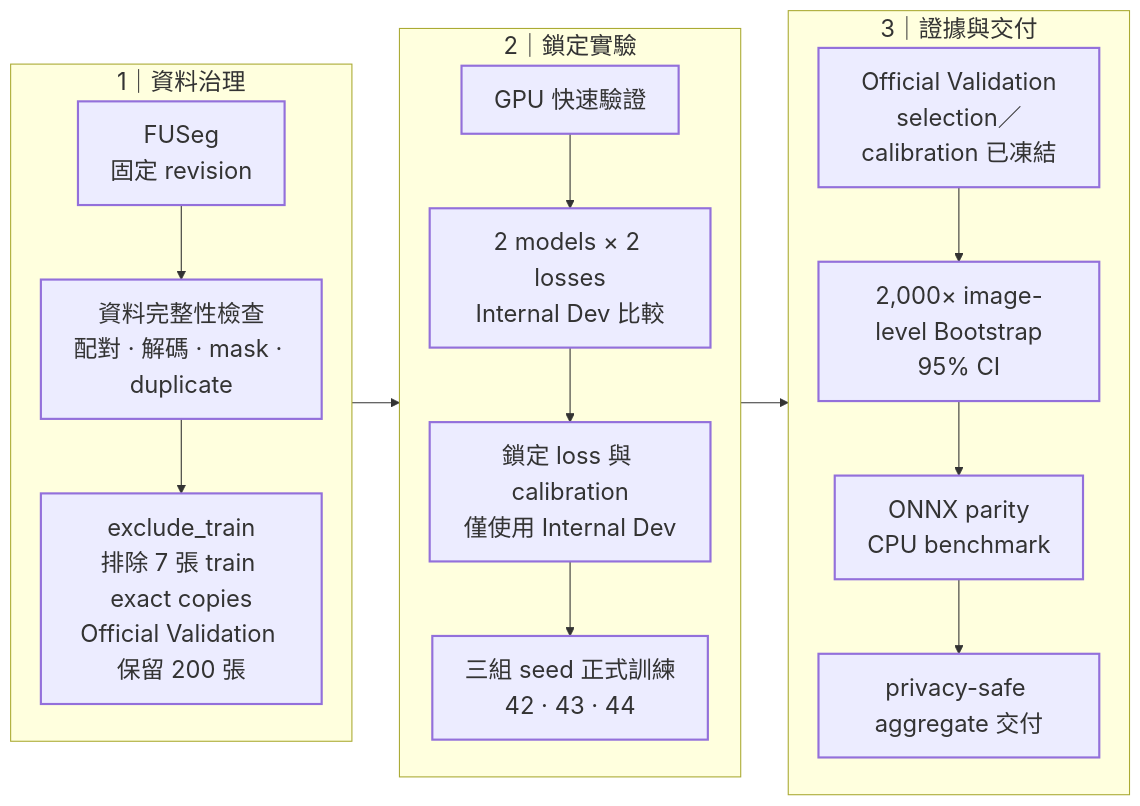
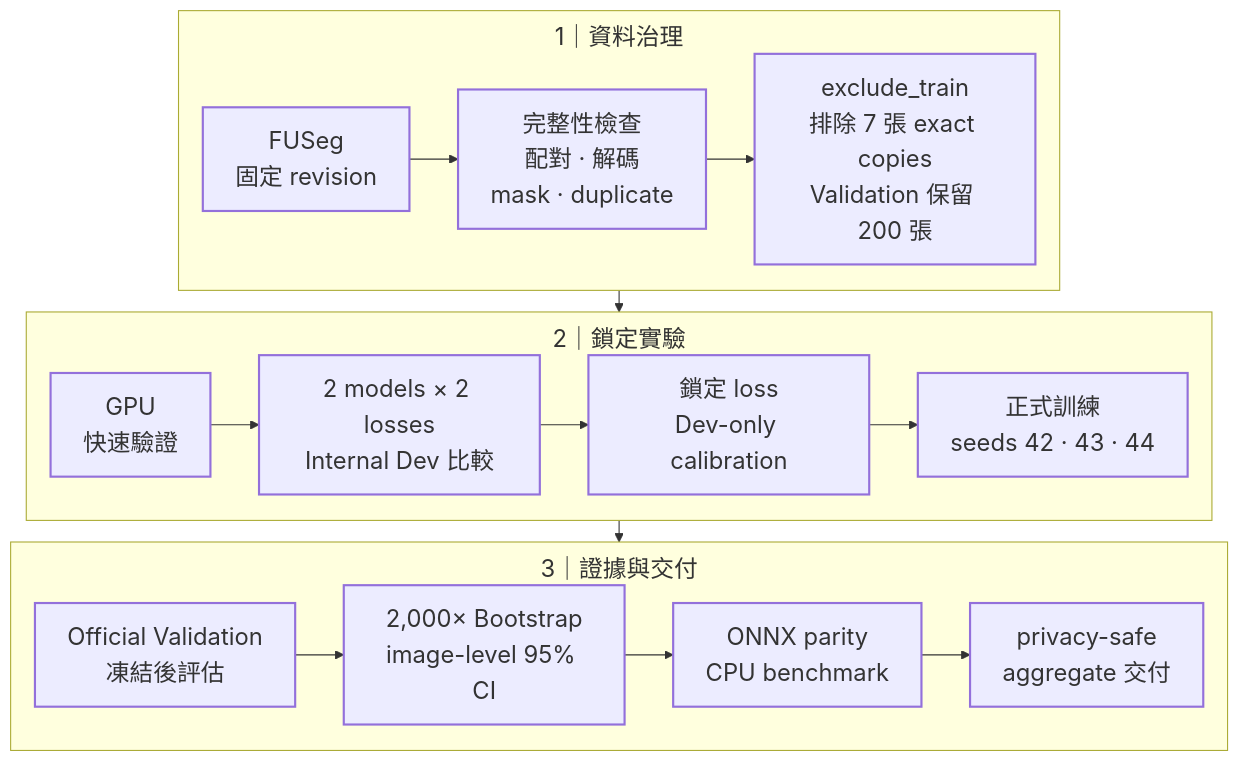
Before and after one commit to kuotunyu/WoundScope: the second of 3 diagrams in README.md, drawn with Mermaid. The commit also changed 1 other file, not shown here.

Commit message:
docs: reorient research pipeline layout

````diff
--- a/README.md
+++ b/README.md
@@ -69,39 +69,38 @@
 ```mermaid
-%%{init: {"themeVariables": {"fontSize": "22px", "fontFamily": "Arial, sans-serif"}, "flowchart": {"nodeSpacing": 36, "rankSpacing": 44, "curve": "basis"}}}%%
-flowchart LR
+%%{init: {"themeVariables": {"fontSize": "22px", "fontFamily": "Arial, sans-serif"}, "flowchart": {"nodeSpacing": 28, "rankSpacing": 20, "curve": "basis", "subGraphTitleMargin": {"top": 8, "bottom": 8}}}}%%
+flowchart TB
     subgraph Governance["1｜資料治理"]
-        direction TB
+        direction LR
         Source["FUSeg<br/>固定 revision"]:::source
-        Integrity["資料完整性檢查<br/>配對 · 解碼 · mask · duplicate"]:::gate
-        Exclude["exclude_train<br/>排除 7 張 train exact copies<br/>Official Validation 保留 200 張"]:::decision
+        Integrity["完整性檢查<br/>配對 · 解碼<br/>mask · duplicate"]:::gate
+        Exclude["exclude_train<br/>排除 7 張 exact copies<br/>Validation 保留 200 張"]:::decision
         Source --> Integrity --> Exclude
     end
 
     subgraph Experiment["2｜鎖定實驗"]
-        direction TB
-        Quick["GPU 快速驗證"]:::gate
+        direction LR
+        Quick["GPU<br/>快速驗證"]:::gate
         Compare["2 models × 2 losses<br/>Internal Dev 比較"]:::process
-        Lock["鎖定 loss 與 calibration<br/>僅使用 Internal Dev"]:::decision
-        Seeds["三組 seed 正式訓練<br/>42 · 43 · 44"]:::process
+        Lock["鎖定 loss<br/>Dev-only calibration"]:::decision
+        Seeds["正式訓練<br/>seeds 42 · 43 · 44"]:::process
         Quick --> Compare --> Lock --> Seeds
     end
 
     subgraph EvidenceStage["3｜證據與交付"]
-        direction TB
-        Validation["Official Validation<br/>selection／calibration 已凍結"]:::evidence
-        Bootstrap["2,000× image-level Bootstrap<br/>95% CI"]:::evidence
+        direction LR
+        Validation["Official Validation<br/>凍結後評估"]:::evidence
+        Bootstrap["2,000× Bootstrap<br/>image-level 95% CI"]:::evidence
         Parity["ONNX parity<br/>CPU benchmark"]:::gate
-        Handoff["privacy-safe aggregate 交付"]:::output
+        Handoff["privacy-safe<br/>aggregate 交付"]:::output
         Validation --> Bootstrap --> Parity --> Handoff
     end
 
-    Exclude --> Quick
-    Seeds --> Validation
+    Governance --> Experiment --> EvidenceStage
 
     classDef source stroke-width:2px;
     classDef process stroke-width:2px;
     classDef gate stroke-width:2px;
     classDef decision stroke-width:2px;
     classDef evidence stroke-width:2px;
     classDef output stroke-width:2px;
 ```
````
